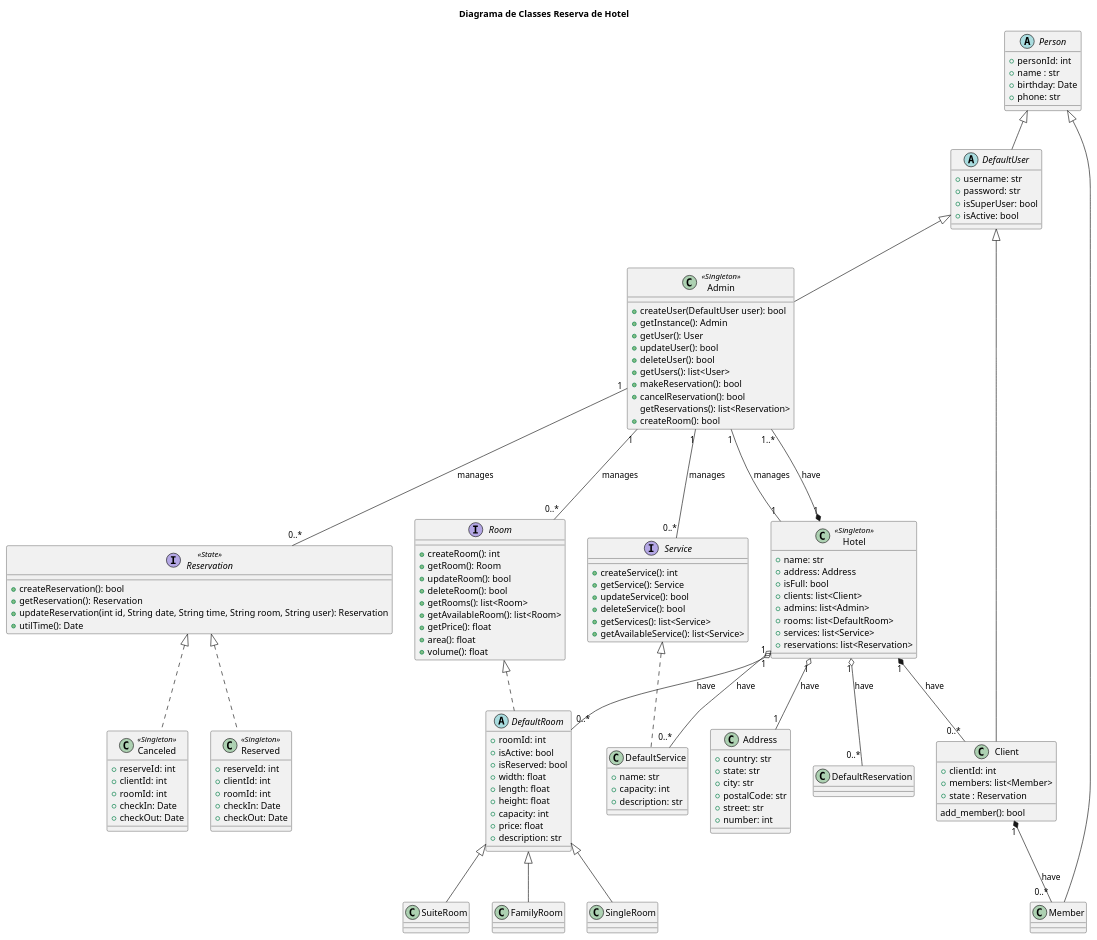
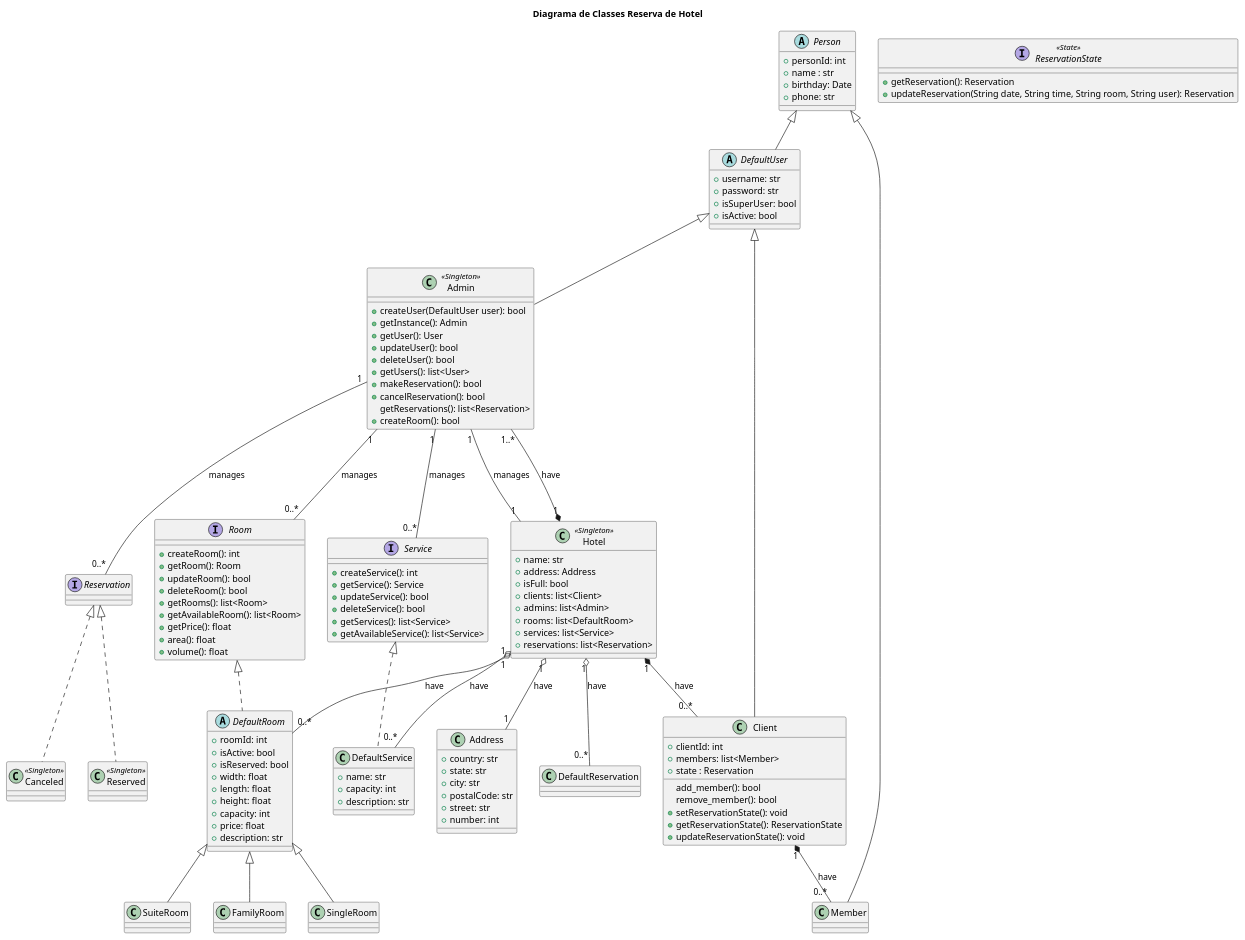
Before and after one commit to azmovi/reserva-de-hotel: the diagram in diagrama_de_classes.iuml, drawn with PlantUML. The commit also changed 5 other files, not shown here.

Commit message:
mudança diagrama

```diff
--- a/diagrama_de_classes.iuml
+++ b/diagrama_de_classes.iuml
@@ -1,154 +1,146 @@
 @startuml
 title Diagrama de Classes Reserva de Hotel
 
 abstract class Person {
     +personId: int 
     +name : str
     +birthday: Date
     +phone: str
 }
 
 
 class Client extends DefaultUser {
     +clientId: int
     +members: list<Member>
     +state : Reservation
     add_member(): bool
+    remove_member(): bool
+    +setReservationState(): void
+    +getReservationState(): ReservationState
+    +updateReservationState(): void
 }
 
 abstract class DefaultUser extends Person {
     +username: str
     +password: str
     +isSuperUser: bool 
     +isActive: bool 
 }
 
 class Admin <<Singleton>> extends DefaultUser {
 
     +createUser(DefaultUser user): bool
     +getInstance(): Admin
     +getUser(): User
     +updateUser(): bool
     +deleteUser(): bool
     +getUsers(): list<User>
     +makeReservation(): bool
     +cancelReservation(): bool
     getReservations(): list<Reservation>
     +createRoom(): bool
 }
 
 
 class Member extends Person {
 }
 
 
 class Hotel <<Singleton>> {
     +name: str
     +address: Address
     +isFull: bool
     +clients: list<Client>
     +admins: list<Admin>
     +rooms: list<DefaultRoom>
     +services: list<Service>
     +reservations: list<Reservation>
 }
 
 class Address {
     +country: str
     +state: str
     +city: str
     +postalCode: str
     +street: str
     +number: int
 }
 
 interface Room {
     +createRoom(): int
     +getRoom(): Room
     +updateRoom(): bool
     +deleteRoom(): bool
     +getRooms(): list<Room>
     +getAvailableRoom(): list<Room>
     +getPrice(): float
     +area(): float
     +volume(): float
 }
 
 abstract class DefaultRoom implements Room {
     +roomId: int
     +isActive: bool
     +isReserved: bool
     +width: float
     +length: float
     +height: float
     +capacity: int
     +price: float
     +description: str
 }
 
 
 class SingleRoom extends DefaultRoom {
 }
 
 class SuiteRoom extends DefaultRoom {
 }
 
 class FamilyRoom extends DefaultRoom {
 }
 
 interface Service {
     +createService(): int
     +getService(): Service
     +updateService(): bool
     +deleteService(): bool
     +getServices(): list<Service>
     +getAvailableService(): list<Service>
 }
 
 class DefaultService implements Service {
     +name: str
     +capacity: int 
     +description: str
 
 }
 
-interface Reservation <<State>> {
-    +createReservation(): bool
+interface ReservationState <<State>> {
     +getReservation(): Reservation
-    +updateReservation(int id, String date, String time, String room, String user): Reservation
-    +utilTime(): Date
+    +updateReservation(String date, String time, String room, String user): Reservation
 }
 
 class Reserved <<Singleton>> implements Reservation {
-    +reserveId: int
-    +clientId: int
-    +roomId: int
-    +checkIn: Date
-    +checkOut: Date
 }
 
 class Canceled <<Singleton>> implements Reservation {
-    +reserveId: int
-    +clientId: int
-    +roomId: int
-    +checkIn: Date
-    +checkOut: Date
 }
 
 
 
 Hotel "1" o-- "1"     Address: have
 Hotel "1" *-- "1..*"  Admin: have
 Hotel "1" *-- "0..*"  Client: have
 Hotel "1" o-- "0..*"  DefaultRoom: have
 Hotel "1" o-- "0..*"  DefaultService: have
 Hotel "1" o-- "0..*"  DefaultReservation: have
 
 Admin "1" --- "0..*"  Service: manages
 Admin "1" --- "0..*"  Room: manages
 Admin "1" --- "0..*"  Reservation: manages
 Admin "1" --- "1"     Hotel: manages
 
 
 Client "1" *-- "0..*" Member: have
 @enduml
```
